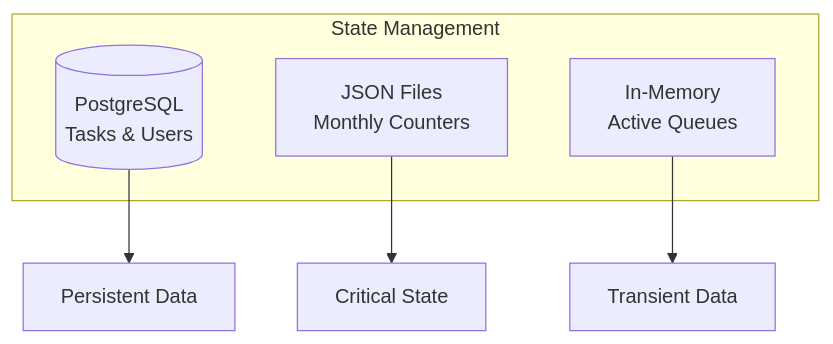
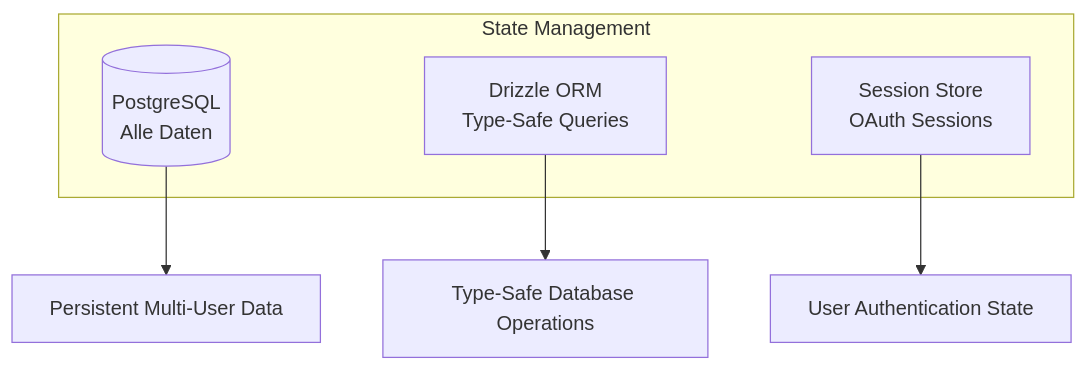
Before and after one commit to merlinbecker/githubHausmeister: diagram 12 of 13 in documentation/arc42.md, drawn with Mermaid. The commit also changed other lines of this file, not shown here.

Commit message:
Final arc42 update: Remove all outdated JSON file references, update deployment and limitations

````diff
--- a/documentation/arc42.md
+++ b/documentation/arc42.md
@@ -1238,12 +1235,12 @@
 ```mermaid
 graph TB
     subgraph "State Management"
-        TaskDB[(PostgreSQL<br/>Tasks & Users)]
-        StateFile[JSON Files<br/>Monthly Counters]
-        Memory[In-Memory<br/>Active Queues]
+        TaskDB[(PostgreSQL<br/>Alle Daten)]
+        Drizzle[Drizzle ORM<br/>Type-Safe Queries]
+        Session[Session Store<br/>OAuth Sessions]
     end
 
-    TaskDB --> Persistent[Persistent Data]
-    StateFile --> Critical[Critical State]
-    Memory --> Transient[Transient Data]
+    TaskDB --> Persistent[Persistent Multi-User Data]
+    Drizzle --> TypeSafe[Type-Safe Database Operations]
+    Session --> Authentication[User Authentication State]
 ```
````
